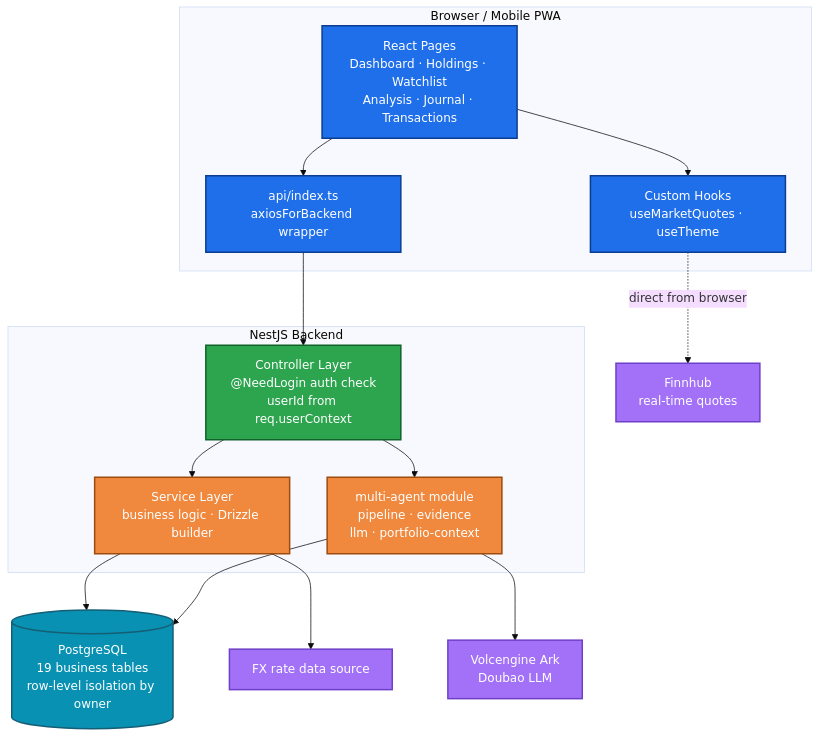
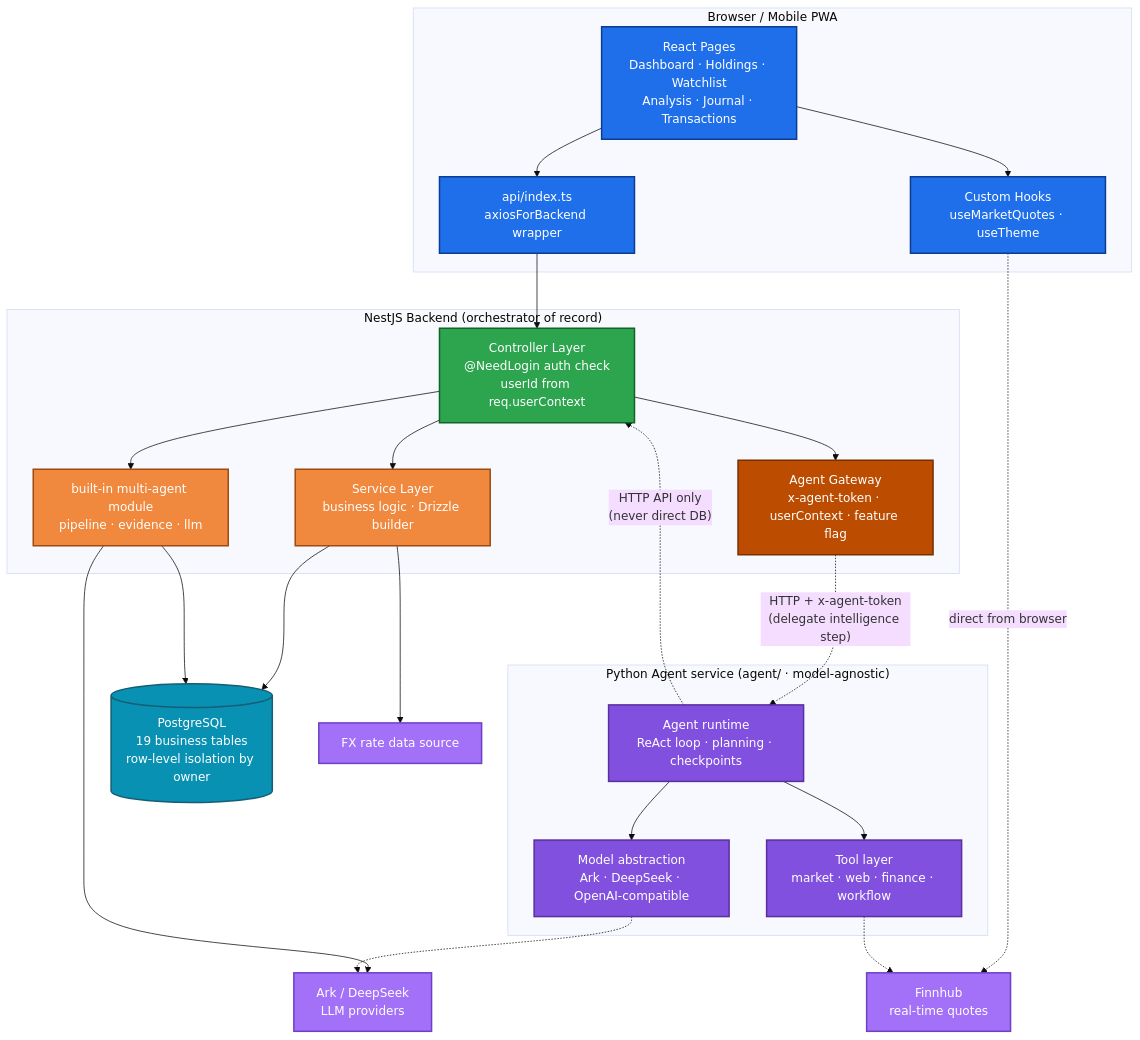
The first of 3 diagrams in README.md (Lueyu/daily-portfolio-analysis), drawn with Mermaid (base theme) before and after one commit. The commit also changed other lines of this file and 18 other files, not shown here.

First line of the commit message:
feat(agent): add pluggable Python agent service with model abstraction and tool layer

````diff
--- a/README.md
+++ b/README.md
@@ -28,36 +31,52 @@
 ```mermaid
 flowchart TB
     subgraph Browser["Browser / Mobile PWA"]
         P["React Pages<br/>Dashboard · Holdings · Watchlist<br/>Analysis · Journal · Transactions"]:::fe
         H["Custom Hooks<br/>useMarketQuotes · useTheme"]:::fe
         AC["api/index.ts<br/>axiosForBackend wrapper"]:::fe
         P --> AC
         P --> H
     end
 
-    subgraph Server["NestJS Backend"]
+    subgraph Server["NestJS Backend (orchestrator of record)"]
         C["Controller Layer<br/>@NeedLogin auth check<br/>userId from req.userContext"]:::ctrl
         S["Service Layer<br/>business logic · Drizzle builder"]:::svc
-        MA["multi-agent module<br/>pipeline · evidence<br/>llm · portfolio-context"]:::svc
+        MA["built-in multi-agent module<br/>pipeline · evidence · llm"]:::svc
+        GW["Agent Gateway<br/>x-agent-token · userContext · feature flag"]:::gw
         C --> S
         C --> MA
+        C --> GW
+    end
+
+    subgraph PyAgent["Python Agent service (agent/ · model-agnostic)"]
+        RT["Agent runtime<br/>ReAct loop · planning · checkpoints"]:::py
+        TOOLS["Tool layer<br/>market · web · finance · workflow"]:::py
+        MODELS["Model abstraction<br/>Ark · DeepSeek · OpenAI-compatible"]:::py
+        RT --> TOOLS
+        RT --> MODELS
     end
 
     PG[("PostgreSQL<br/>19 business tables<br/>row-level isolation by owner")]:::db
     FH["Finnhub<br/>real-time quotes"]:::ext
-    ARK["Volcengine Ark<br/>Doubao LLM"]:::ext
+    ARK["Ark / DeepSeek<br/>LLM providers"]:::ext
     FXEXT["FX rate data source"]:::ext
 
     H -. direct from browser .-> FH
     AC --> C
     S --> PG
     MA --> PG
     MA --> ARK
     S --> FXEXT
+    GW -. "HTTP + x-agent-token<br/>(delegate intelligence step)" .-> RT
+    RT -. "HTTP API only<br/>(never direct DB)" .-> C
+    TOOLS -.-> FH
+    MODELS -.-> ARK
 
     classDef fe fill:#1f6feb,stroke:#0b3d91,color:#ffffff,stroke-width:2px
     classDef ctrl fill:#2da44e,stroke:#116329,color:#ffffff,stroke-width:2px
     classDef svc fill:#f0883e,stroke:#9e4b0f,color:#ffffff,stroke-width:2px
+    classDef gw fill:#bc4c00,stroke:#7a2f00,color:#ffffff,stroke-width:2px
+    classDef py fill:#8250df,stroke:#5a2f9e,color:#ffffff,stroke-width:2px
     classDef db fill:#0891b2,stroke:#155e75,color:#ffffff,stroke-width:2px
     classDef ext fill:#a371f7,stroke:#6e40c9,color:#ffffff,stroke-width:2px
 ```
````
